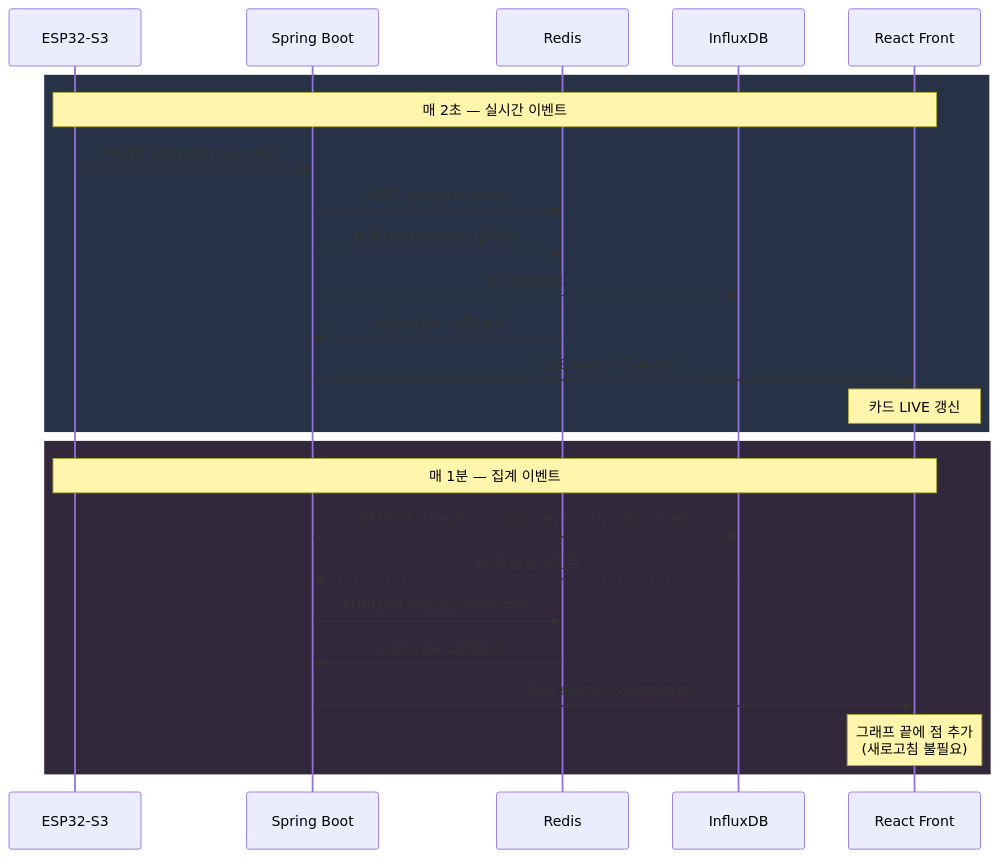
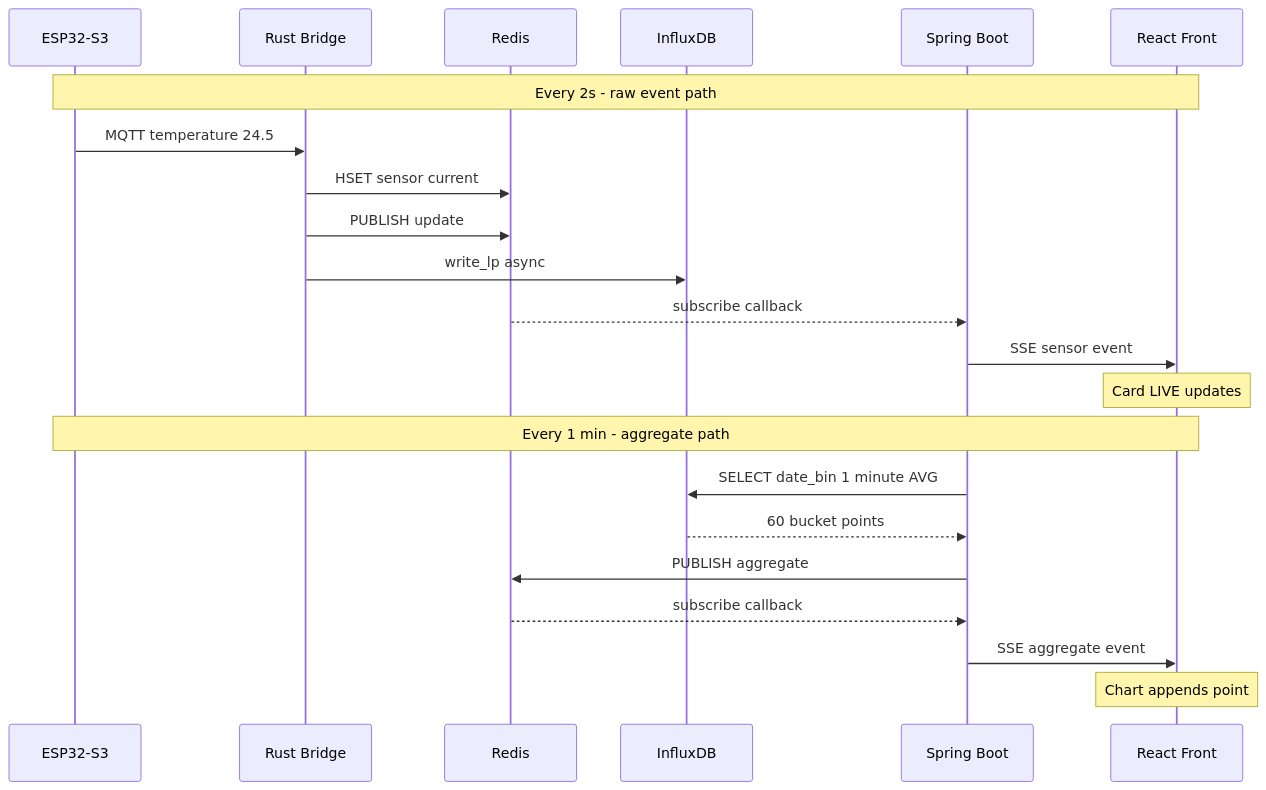
Before and after one commit to heosangmu1-ship-it/smartPot: the third of 3 diagrams in README.md, drawn with Mermaid. The commit also changed other lines of this file, not shown here.

First line of the commit message:
Fix Mermaid parse errors in README diagrams

````diff
--- a/README.md
+++ b/README.md
@@ -108,29 +114,26 @@
 ```mermaid
 sequenceDiagram
     participant ESP as ESP32-S3
-    participant SB as Spring Boot
+    participant RB as Rust Bridge
     participant R as Redis
     participant I as InfluxDB
+    participant SB as Spring Boot
     participant FE as React Front
 
-    rect rgb(40, 50, 70)
-    Note over ESP,FE: 매 2초 — 실시간 이벤트
-    ESP->>SB: MQTT temperature=24.5
-    SB->>R: HSET sensor:current
-    SB->>R: PUBLISH sensor:update
-    SB->>I: writeAsync
-    R->>SB: subscribe callback
-    SB->>FE: SSE event="sensor"
-    Note over FE: 카드 LIVE 갱신
-    end
+    Note over ESP,FE: Every 2s - raw event path
+    ESP->>RB: MQTT temperature 24.5
+    RB->>R: HSET sensor current
+    RB->>R: PUBLISH update
+    RB->>I: write_lp async
+    R-->>SB: subscribe callback
+    SB->>FE: SSE sensor event
+    Note over FE: Card LIVE updates
 
-    rect rgb(50, 40, 60)
-    Note over ESP,FE: 매 1분 — 집계 이벤트
-    SB->>I: SELECT date_bin('1 minute', time), AVG(value)
-    I-->>SB: 60개 평균 포인트
-    SB->>R: PUBLISH sensor:aggregate
-    R->>SB: subscribe callback
-    SB->>FE: SSE event="aggregate"
-    Note over FE: 그래프 끝에 점 추가<br/>(새로고침 불필요)
-    end
+    Note over ESP,FE: Every 1 min - aggregate path
+    SB->>I: SELECT date_bin 1 minute AVG
+    I-->>SB: 60 bucket points
+    SB->>R: PUBLISH aggregate
+    R-->>SB: subscribe callback
+    SB->>FE: SSE aggregate event
+    Note over FE: Chart appends point
 ```
````
